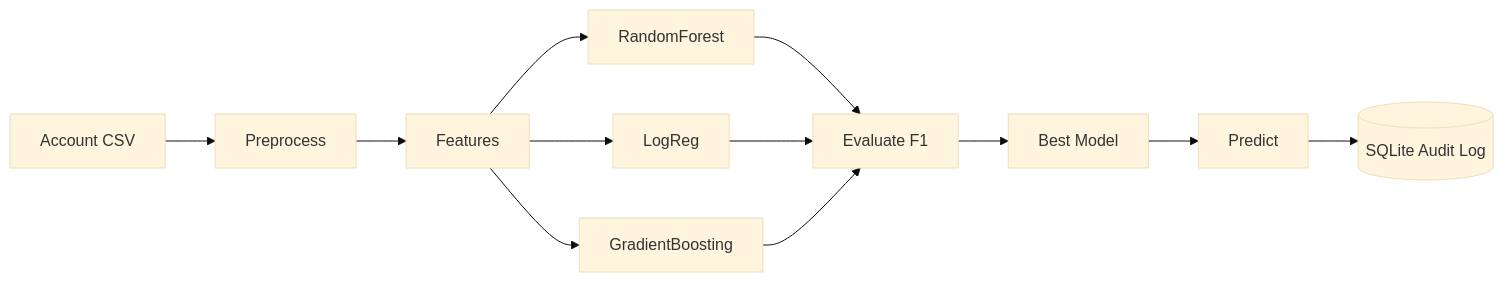
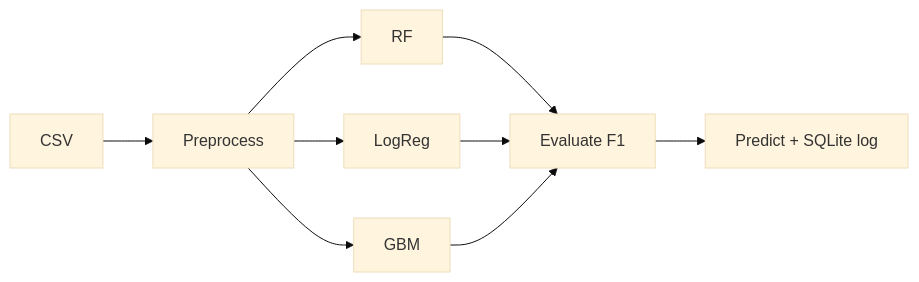
The diagram in docs/DEMO.md (nikhilamaragani-jpg/detection-of-fake-accounts-on-social-media), drawn with Mermaid (base theme) before and after one commit. The commit also changed other lines of this file and 5 other files, not shown here.

````diff
--- a/docs/DEMO.md
+++ b/docs/DEMO.md
@@ -30,14 +19,11 @@
 ```mermaid
 flowchart LR
-  CSV[Account CSV] --> PRE[Preprocess]
-  PRE --> FEAT[Features]
-  FEAT --> M1[RandomForest]
-  FEAT --> M2[LogReg]
-  FEAT --> M3[GradientBoosting]
+  CSV --> PRE[Preprocess]
+  PRE --> M1[RF]
+  PRE --> M2[LogReg]
+  PRE --> M3[GBM]
   M1 --> EVAL[Evaluate F1]
   M2 --> EVAL
   M3 --> EVAL
-  EVAL --> BEST[Best Model]
-  BEST --> PRED[Predict]
-  PRED --> DB[(SQLite Audit Log)]
+  EVAL --> PRED[Predict + SQLite log]
 ```
````
